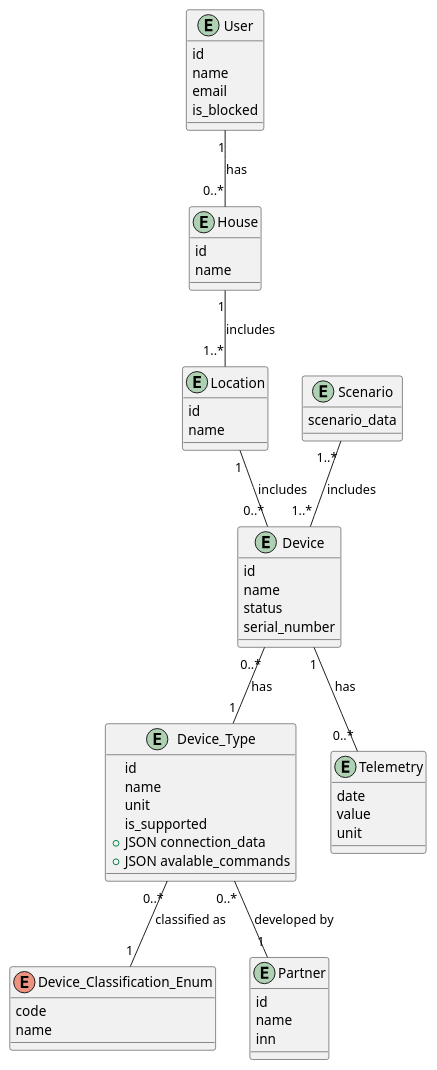
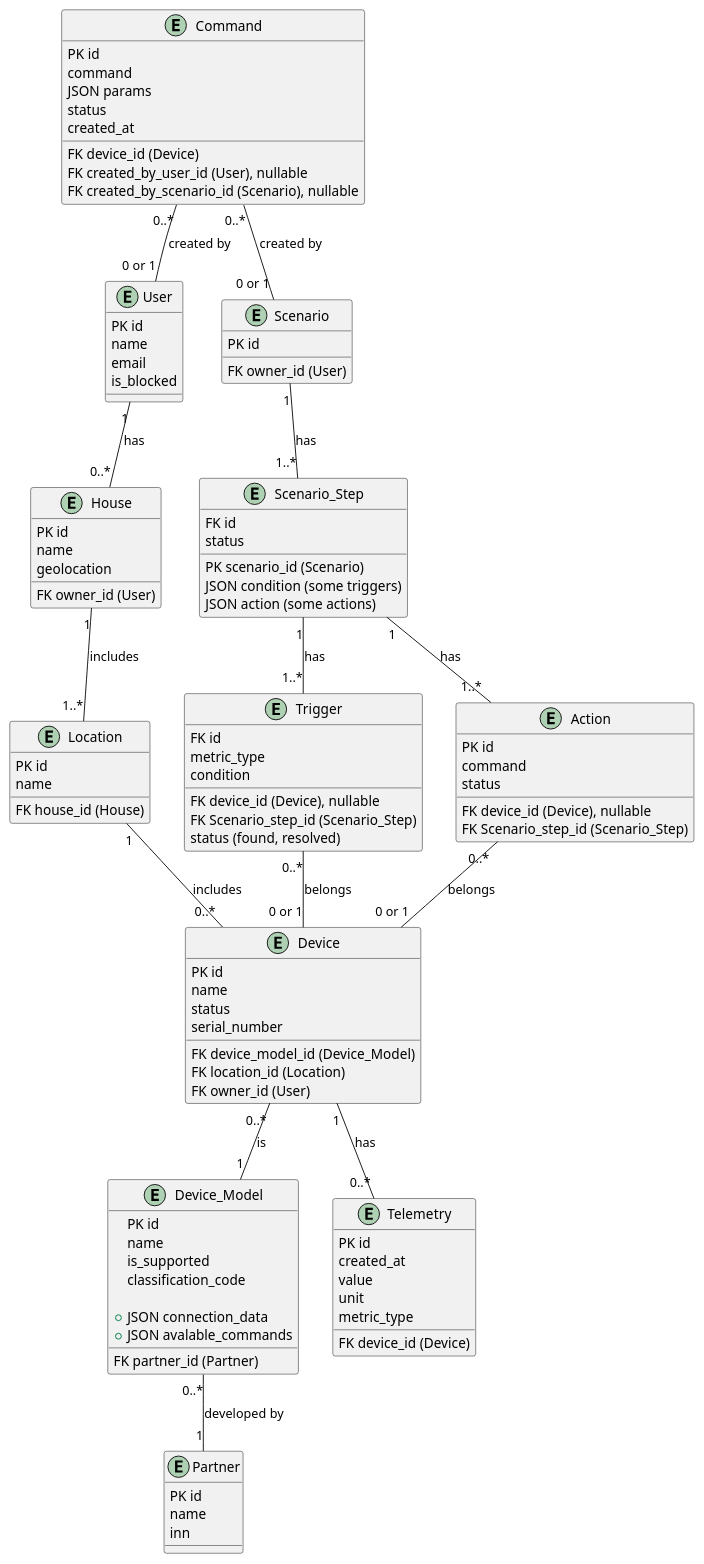
One commit to annmozer116/warmhouse-golang changed the diagram in schemas/v1/code/Smarthome-er.puml. Above: the diagram before and after it, drawn with PlantUML. The commit also changed 3 other files, not shown here.

Commit message:
Change erd

```diff
--- a/schemas/v1/code/Smarthome-er.puml
+++ b/schemas/v1/code/Smarthome-er.puml
@@ -1,66 +1,116 @@
 @startuml Smarthome-ER
 entity User {
-    id
+    PK id
     name
     email
     is_blocked
 }
 
 entity Device {
-    id
+    PK id
     name
     status
     serial_number
+    FK device_model_id (Device_Model)
+    FK location_id (Location)
+    FK owner_id (User)
 }
 
-enum Device_Classification_Enum {
-    code
-    name
+entity Command {
+    PK id
+    command
+    FK device_id (Device)
+    JSON params
+    status
+    created_at
+    FK created_by_user_id (User), nullable
+    FK created_by_scenario_id (Scenario), nullable
 }
 
-entity Device_Type {
-    id
+entity Device_Model {
+    PK id
     name
-    unit
     is_supported
+    FK partner_id (Partner)
+    classification_code
+
     +JSON connection_data
     +JSON avalable_commands 
 }
 
 entity Partner {
-    id
+    PK id
     name
     inn
 }
 
 
 entity House {
-    id
+    PK id
     name
+    geolocation
+    FK owner_id (User)
 }
 
 entity Location {
-    id
+    PK id
     name
+    FK house_id (House)
 }
 
 entity Telemetry {
-    date
+    PK id
+    created_at
     value
     unit
+    metric_type
+    FK device_id (Device)
 }
 
 entity Scenario {
-    scenario_data
+    PK id
+    FK owner_id (User)
 }
+
+entity Scenario_Step {
+    FK id
+    PK scenario_id (Scenario)
+    JSON condition (some triggers)
+    JSON action (some actions)
+    status
+}
+
+entity Trigger {
+    FK id
+    FK device_id (Device), nullable
+    metric_type
+    condition
+    FK Scenario_step_id (Scenario_Step)
+    status (found, resolved)
+}
+
+entity Action {
+    PK id
+    FK device_id (Device), nullable
+    command
+    FK Scenario_step_id (Scenario_Step)
+    status
+}
+
+Scenario "1" -- "1..*" Scenario_Step: has
+Scenario_Step "1" -- "1..*" Trigger: has
+Scenario_Step "1" -- "1..*" Action: has
+Trigger "0..*" -- "0 or 1" Device: belongs
+Action "0..*" -- "0 or 1" Device: belongs
 
 User "1" -- "0..*" House: has
 House "1" -- "1..*" Location: includes
 Location "1" -- "0..*" Device: includes
 Device "1" -- "0..*" Telemetry: has
-Device "0..*" -- "1" Device_Type: has
-Scenario "1..*" -- "1..*" Device: includes
-Device_Type "0..*" -- "1" Partner: developed by
-Device_Type "0..*" -- "1" Device_Classification_Enum: classified as
+Device "0..*" -- "1" Device_Model: is
+Device_Model "0..*" -- "1" Partner: developed by
+
+Command "0..*" -- "0 or 1" User: created by
+Command "0..*" -- "0 or 1" Scenario: created by
 
 @enduml
```
